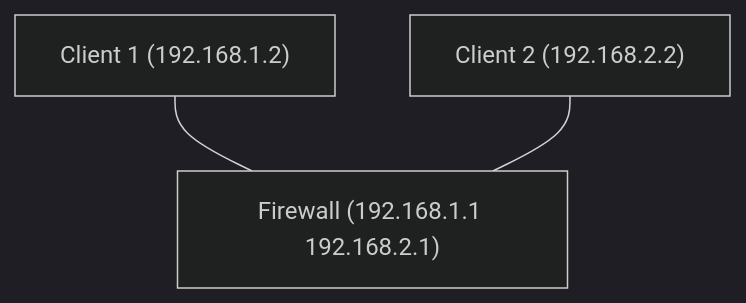
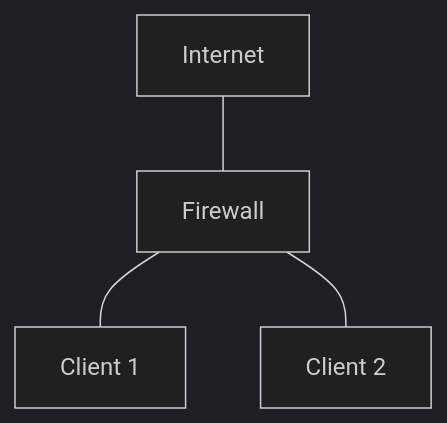
Before and after one commit to Dzhambulat-Kagermanov/obsidian-ggkit-C1.23.41: the diagram in МДК.03.03 Безопасность сетевой инфраструктуры/5. Настройка межсетевого экрана на Linux с помощью iptables.md, drawn with Mermaid (dark theme). The commit also changed other lines of this file, not shown here.

````diff
--- a/МДК.03.03 Безопасность сетевой инфраструктуры/5. Настройка межсетевого экрана на Linux с помощью iptables.md
+++ b/МДК.03.03 Безопасность сетевой инфраструктуры/5. Настройка межсетевого экрана на Linux с помощью iptables.md
@@ -13,5 +13,6 @@
 ```mermaid
-graph TB
-	CL1["Client 1 (192.168.1.2)"] --- FW["Firewall (192.168.1.1 192.168.2.1)"]
-	CL2["Client 2 (192.168.2.2)"] --- FW["Firewall (192.168.1.1 192.168.2.1)"]
+graph BT
+	CL1["Client 1"] --- FW["Firewall"]
+	CL2["Client 2"] --- FW["Firewall"]
+	FW["Firewall"] --- WAN["Internet"]
 ```
````
